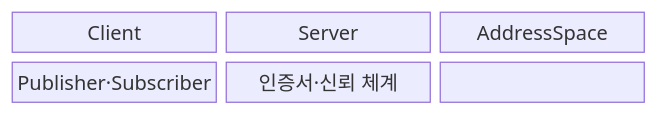
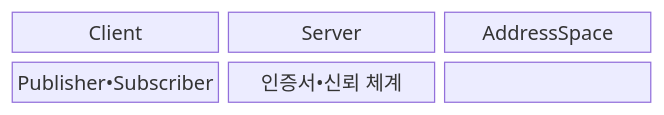
One commit to agnusdei1207/knowledge-base changed the first of 2 diagrams in src/content/docs/notes/08-latest-tech/202_opc_unified_architecture.md. Above: the diagram before and after it, drawn with Mermaid. The commit also changed other lines of this file and 953 other files, not shown here.

````diff
--- a/src/content/docs/notes/08-latest-tech/202_opc_unified_architecture.md
+++ b/src/content/docs/notes/08-latest-tech/202_opc_unified_architecture.md
@@ -68,11 +68,11 @@
 ```mermaid
 block-beta
   columns 3
   N0["Client"]
   N1["Server"]
   N2["AddressSpace"]
-  N3["Publisher·Subscriber"]
-  N4["인증서·신뢰 체계"]
+  N3["Publisher•Subscriber"]
+  N4["인증서•신뢰 체계"]
   N0 --- N1 --- N2
   N2 --- N3 --- N4
 ```
````
